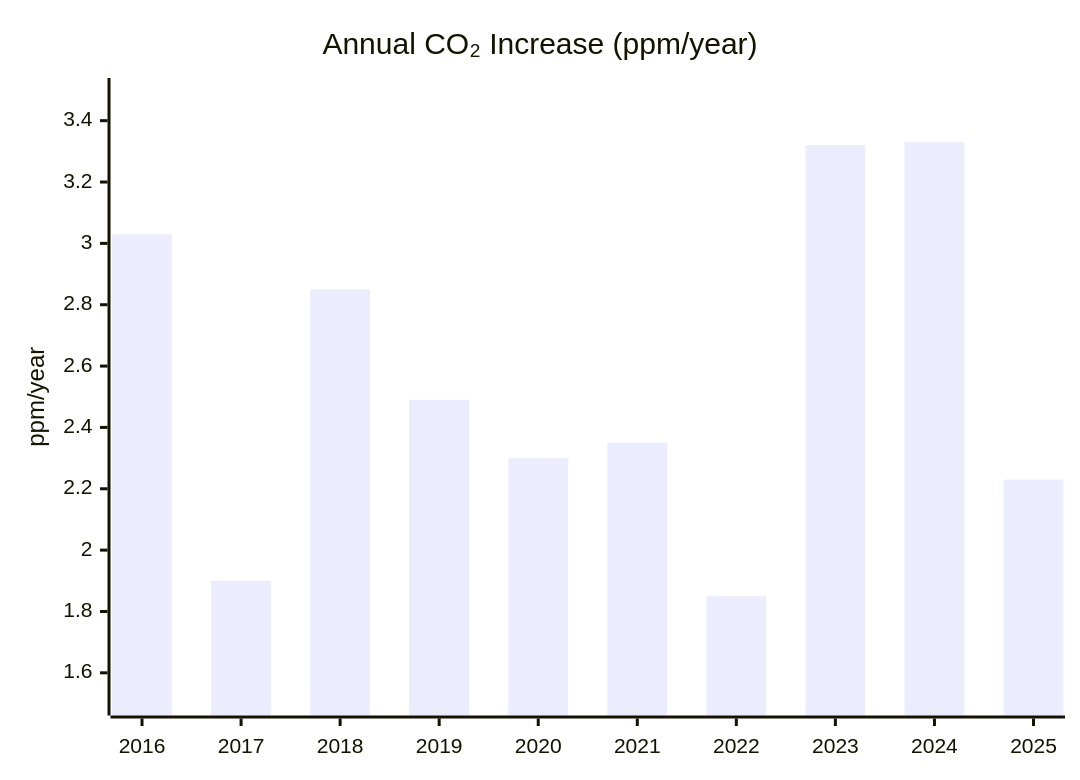
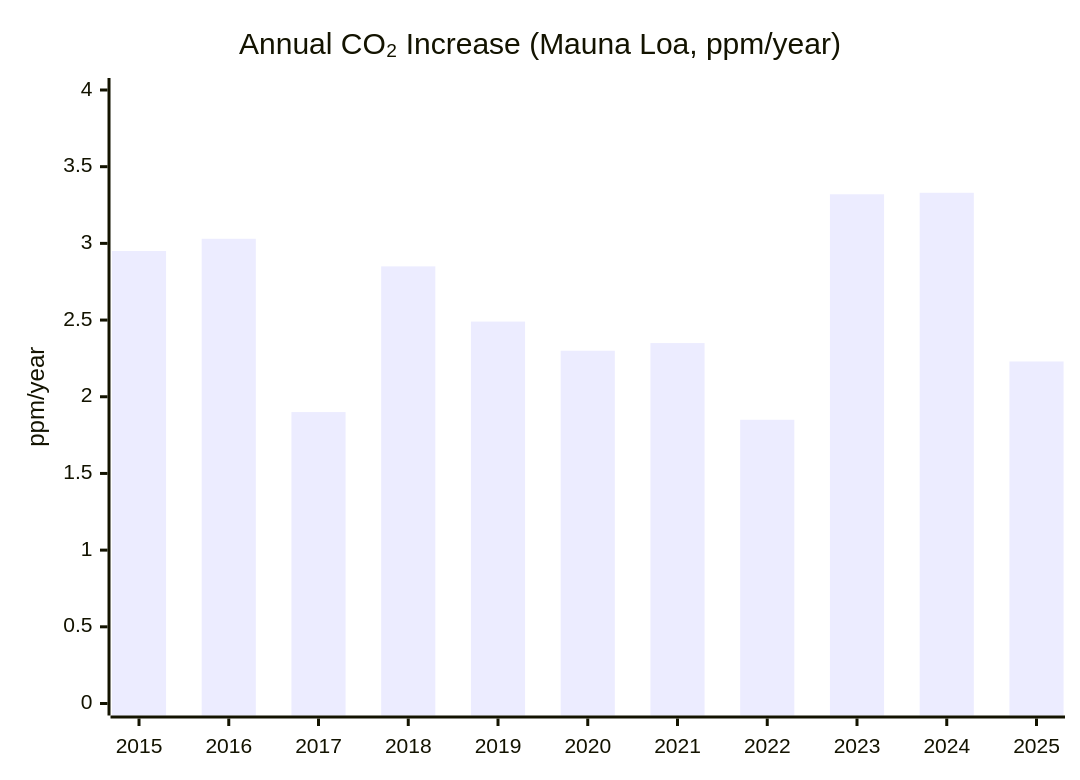
Before and after one commit to pasky/grand-endeavors: the second of 3 diagrams in pilot-26H1/climate.md, drawn with Mermaid. The commit also changed other lines of this file, not shown here.

````diff
--- a/pilot-26H1/climate.md
+++ b/pilot-26H1/climate.md
@@ -43,7 +50,7 @@
 ```mermaid
 xychart-beta
-    title "Annual CO₂ Increase (ppm/year)"
-    x-axis [2016, 2017, 2018, 2019, 2020, 2021, 2022, 2023, 2024, 2025]
-    y-axis "ppm/year" 1.5 --> 3.5
-    bar [3.03, 1.90, 2.85, 2.49, 2.30, 2.35, 1.85, 3.32, 3.33, 2.23]
+    title "Annual CO₂ Increase (Mauna Loa, ppm/year)"
+    x-axis [2015, 2016, 2017, 2018, 2019, 2020, 2021, 2022, 2023, 2024, 2025]
+    y-axis "ppm/year" 0 --> 4
+    bar [2.95, 3.03, 1.90, 2.85, 2.49, 2.30, 2.35, 1.85, 3.32, 3.33, 2.23]
 ```
````
